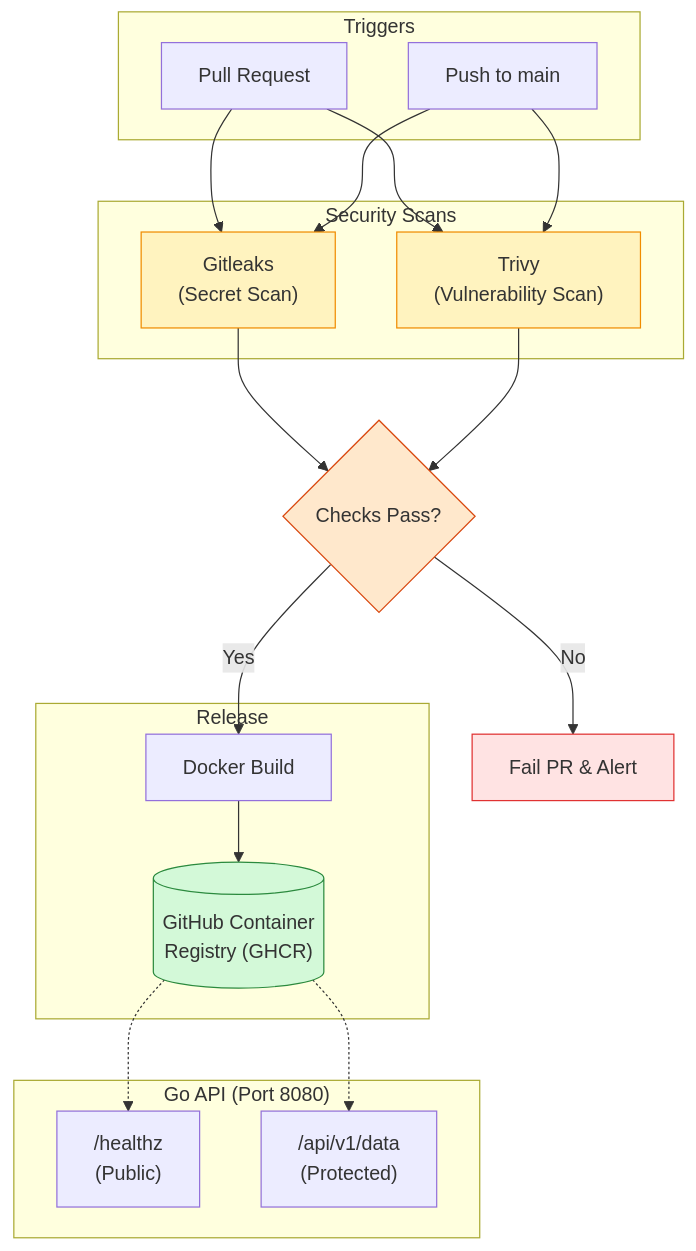
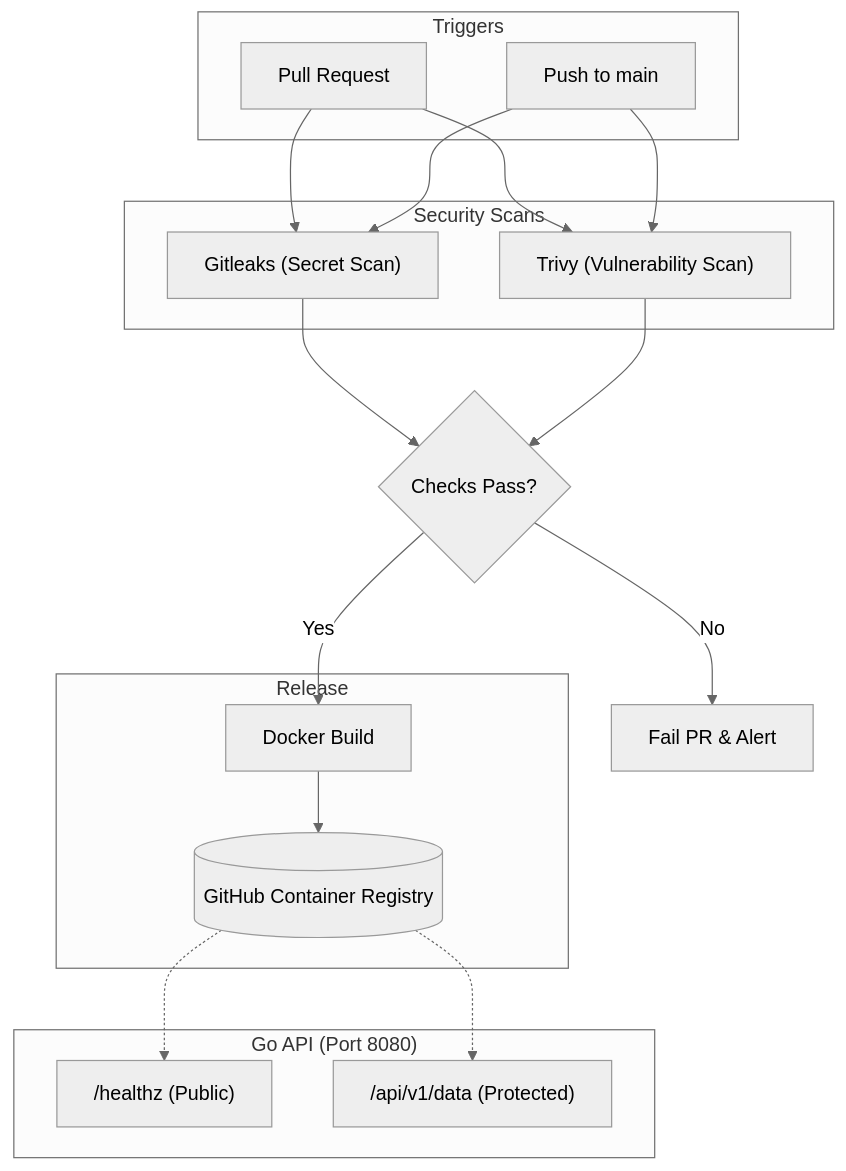
One commit to hjg17/centuria changed the diagram in README.md. Above: the diagram before and after it, drawn with Mermaid. The commit also changed other lines of this file, not shown here.

Commit message:
Update README to use placeholder for API_SECRET and improve diagram clarity

````diff
--- a/README.md
+++ b/README.md
@@ -67,46 +67,41 @@
 ```mermaid
+%%{init: {'theme': 'neutral'}}%%
 flowchart TD
     subgraph Triggers["Triggers"]
         PR["Pull Request"]
         PushMain["Push to main"]
     end
 
     subgraph Security["Security Scans"]
-        Gitleaks["Gitleaks<br/>(Secret Scan)"]
-        Trivy["Trivy<br/>(Vulnerability Scan)"]
+        Gitleaks["Gitleaks (Secret Scan)"]
+        Trivy["Trivy (Vulnerability Scan)"]
     end
 
     Decision{"Checks Pass?"}
     SecurityAlert["Fail PR & Alert"]
 
     subgraph Release["Release"]
         DockerBuild["Docker Build"]
-        GHCR[("GitHub Container<br/>Registry (GHCR)")]
+        GHCR[("GitHub Container Registry")]
     end
 
     subgraph API["Go API (Port 8080)"]
-        Health["/healthz<br/>(Public)"]
-        Data["/api/v1/data<br/>(Protected)"]
+        Health["/healthz (Public)"]
+        Data["/api/v1/data (Protected)"]
     end
 
     PR --> Gitleaks
     PR --> Trivy
     PushMain --> Gitleaks
     PushMain --> Trivy
 
     Gitleaks --> Decision
     Trivy --> Decision
 
     Decision -- No --> SecurityAlert
     Decision -- Yes --> DockerBuild
 
     DockerBuild --> GHCR
     GHCR -.-> Health
     GHCR -.-> Data
-
-    style Decision fill:#ffe8cc,stroke:#d9480f
-    style SecurityAlert fill:#ffe3e3,stroke:#e03131
-    style GHCR fill:#d3f9d8,stroke:#2b8a3e
-    style Gitleaks fill:#fff3bf,stroke:#f08c00
-    style Trivy fill:#fff3bf,stroke:#f08c00
 ```
````
